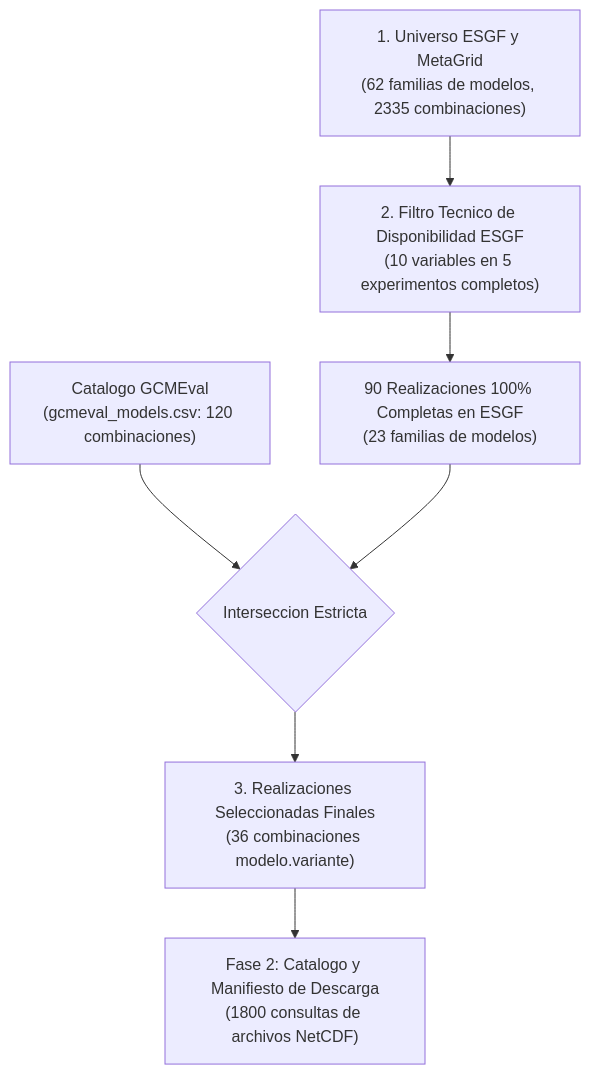
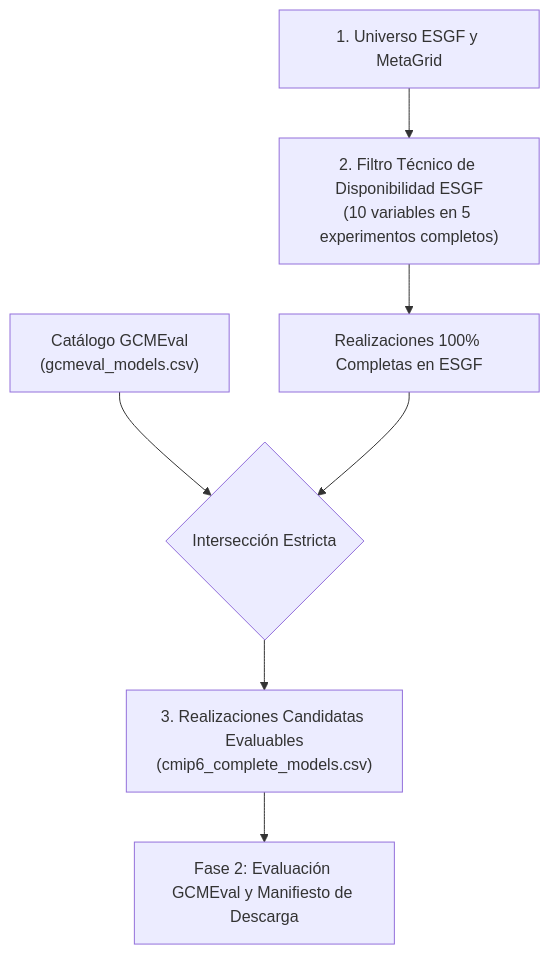
One commit to wabarca/cmpi6-deepsd-gcmeval-availability changed the first of 2 diagrams in README.md. Above: the diagram before and after it, drawn with Mermaid. The commit also changed other lines of this file and 48 other files, not shown here.

````diff
--- a/README.md
+++ b/README.md
@@ -132,11 +133,11 @@
 ```mermaid
 flowchart TD
-    A["1. Universo ESGF y MetaGrid<br>(62 familias de modelos, 2335 combinaciones)"] --> B["2. Filtro Tecnico de Disponibilidad ESGF<br>(10 variables en 5 experimentos completos)"]
-    B --> C["90 Realizaciones 100% Completas en ESGF<br>(23 familias de modelos)"]
+    A["1. Universo ESGF y MetaGrid"] --> B["2. Filtro Técnico de Disponibilidad ESGF<br>(10 variables en 5 experimentos completos)"]
+    B --> C["Realizaciones 100% Completas en ESGF"]
     
-    D["Catalogo GCMEval<br>(gcmeval_models.csv: 120 combinaciones)"] --> E{"Interseccion Estricta"}
+    D["Catálogo GCMEval<br>(gcmeval_models.csv)"] --> E{"Intersección Estricta"}
     C --> E
     
-    E --> F["3. Realizaciones Seleccionadas Finales<br>(36 combinaciones modelo.variante)"]
-    F --> G["Fase 2: Catalogo y Manifiesto de Descarga<br>(1800 consultas de archivos NetCDF)"]
+    E --> F["3. Realizaciones Candidatas Evaluables<br>(cmip6_complete_models.csv)"]
+    F --> G["Fase 2: Evaluación GCMEval y Manifiesto de Descarga"]
 ```
````
